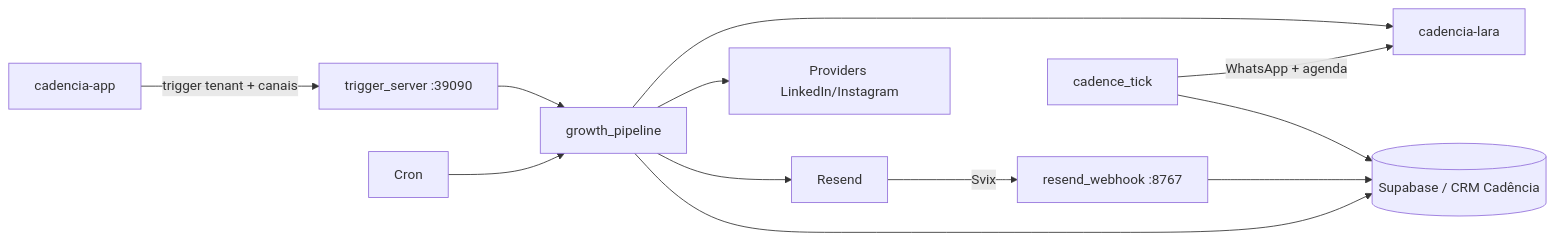
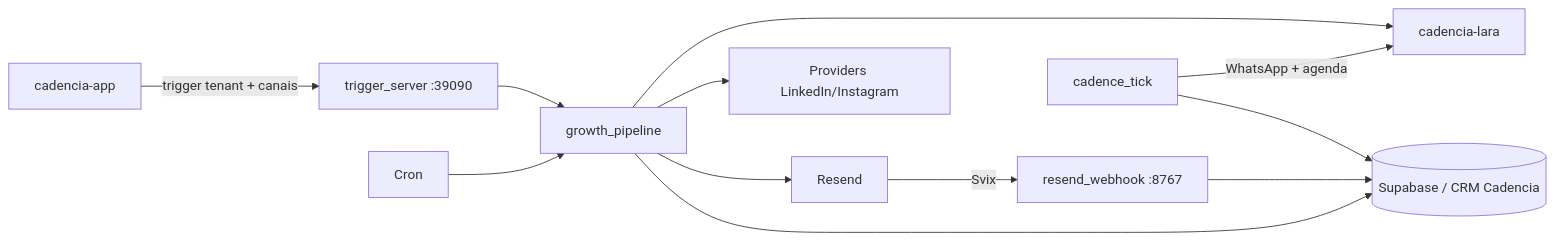
The first of 2 diagrams in docs/cadencia-app/growth/architecture.md (Posicionamento-Digital/cadencia-docs), drawn with Mermaid before and after one commit. The commit also changed 70 other files, not shown here.

````diff
--- a/docs/cadencia-app/growth/architecture.md
+++ b/docs/cadencia-app/growth/architecture.md
@@ -5,14 +5,14 @@
 ```mermaid
 graph LR
     App[cadencia-app] -->|trigger tenant + canais| Trigger[trigger_server :39090]
     Cron[Cron] --> Runner[growth_pipeline]
     Trigger --> Runner
-    Runner --> CRM[(Supabase / CRM Cadência)]
+    Runner --> CRM[(Supabase / CRM Cadencia)]
     Runner --> Resend[Resend]
     Runner --> Social[Providers LinkedIn/Instagram]
     Runner --> Lara[cadencia-lara]
     Resend -->|Svix| Scoring[resend_webhook :8767]
     Scoring --> CRM
     Cadence[cadence_tick] --> CRM
     Cadence -->|WhatsApp + agenda| Lara
 ```
````
